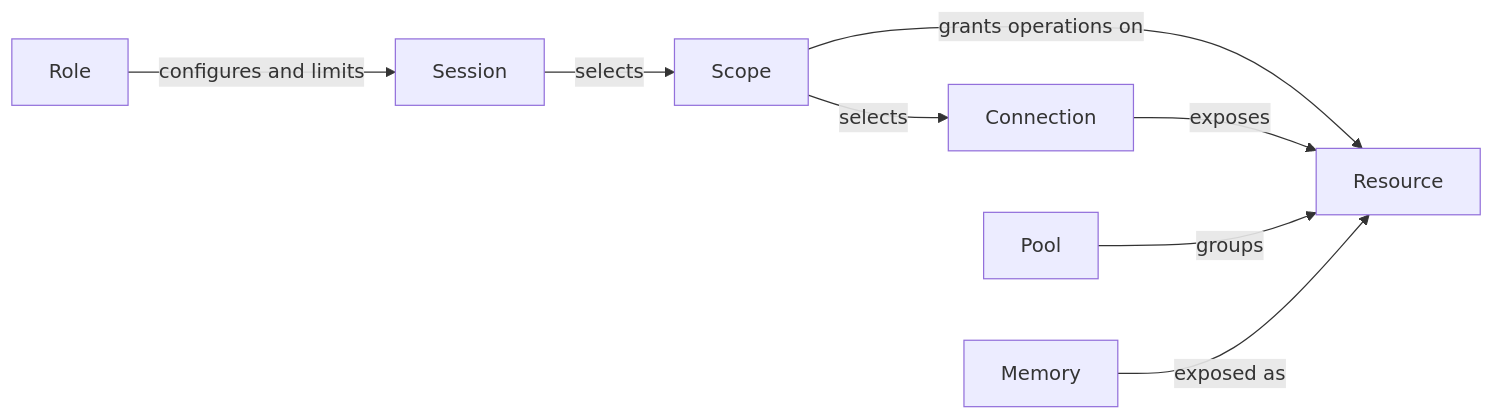
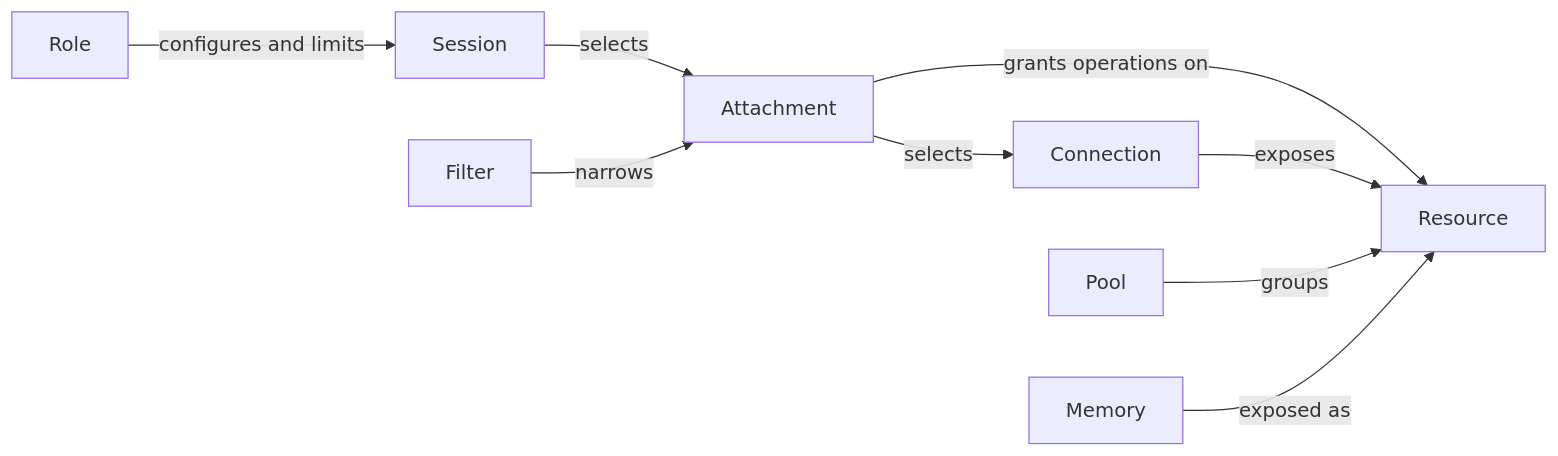
One commit to shrav-k/conduit changed the diagram in SPEC.md. Above: the diagram before and after it, drawn with Mermaid. The commit also changed other lines of this file and 2 other files, not shown here.

````diff
--- a/SPEC.md
+++ b/SPEC.md
@@ -56,10 +58,11 @@
 ```mermaid
 flowchart LR
     Role -->|configures and limits| Session
-    Session -->|selects| Scope
-    Scope -->|grants operations on| Resource
-    Scope -->|selects| Connection
+    Session -->|selects| Attachment
+    Filter -->|narrows| Attachment
+    Attachment -->|grants operations on| Resource
+    Attachment -->|selects| Connection
     Connection -->|exposes| Resource
     Pool -->|groups| Resource
     Memory -->|exposed as| Resource
 ```
````
